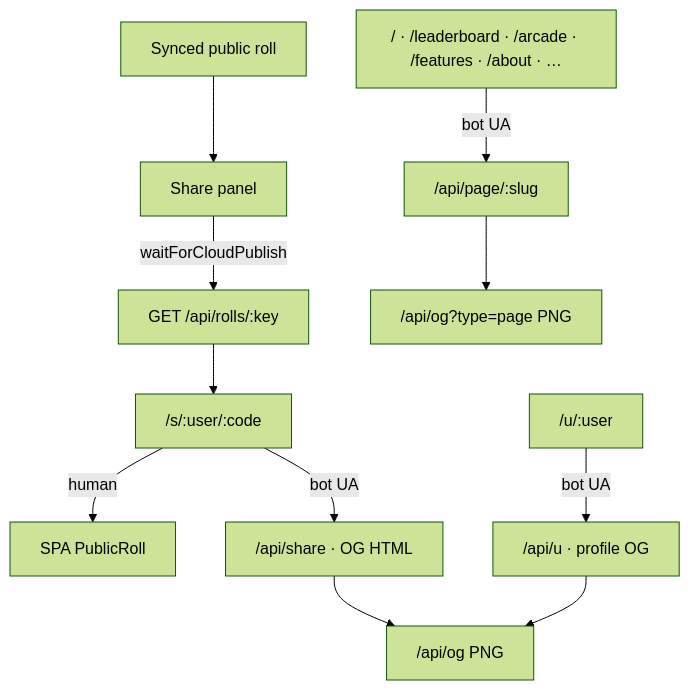
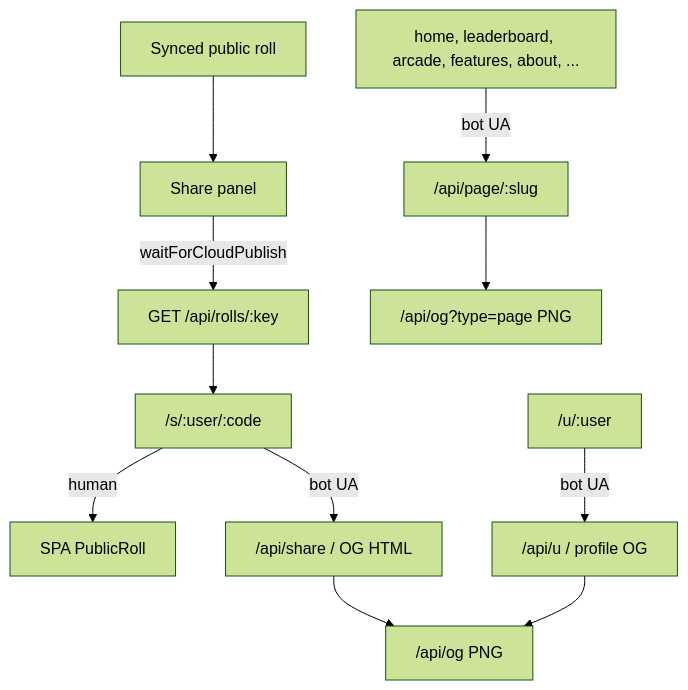
One commit to jondmarien/rngdle-unlocked changed the eighth of 8 diagrams in docs/ARCHITECTURE.md. Above: the diagram before and after it, drawn with Mermaid (forest theme). The commit also changed other lines of this file and 4 other files, not shown here.

First line of the commit message:
Fix Mermaid PIPE parse errors on GitHub Wiki Architecture diagrams.

````diff
--- a/docs/ARCHITECTURE.md
+++ b/docs/ARCHITECTURE.md
@@ -263,13 +263,13 @@
 ```mermaid
 flowchart TB
   Roll[Synced public roll] --> Share[Share panel]
   Share -->|waitForCloudPublish| API["GET /api/rolls/:key"]
   API --> Vanity["/s/:user/:code"]
   Vanity -->|human| SPA[SPA PublicRoll]
-  Vanity -->|bot UA| HTML["/api/share · OG HTML"]
+  Vanity -->|bot UA| HTML["/api/share / OG HTML"]
   HTML --> Img["/api/og PNG"]
-  Profile["/u/:user"] -->|bot UA| UHTML["/api/u · profile OG"]
+  Profile["/u/:user"] -->|bot UA| UHTML["/api/u / profile OG"]
   UHTML --> Img
-  Pages["/ · /leaderboard · /arcade · /features · /about · …"] -->|bot UA| PageHTML["/api/page/:slug"]
+  Pages["home, leaderboard, arcade, features, about, ..."] -->|bot UA| PageHTML["/api/page/:slug"]
   PageHTML --> PageImg["/api/og?type=page PNG"]
 ```
````
